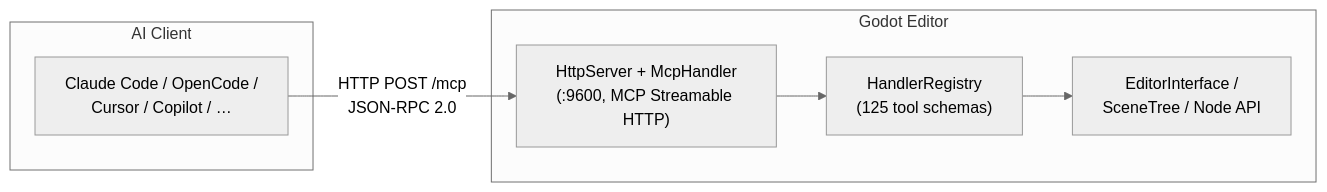
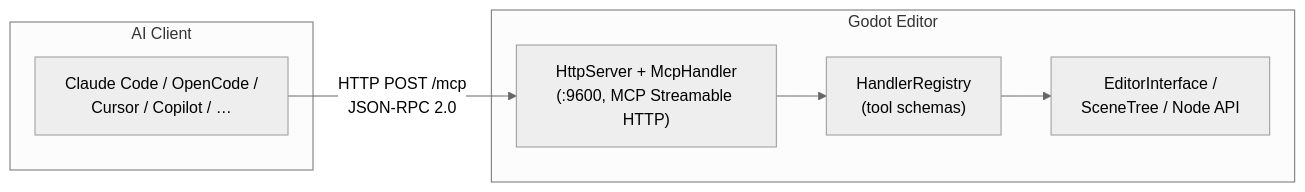
Before and after one commit to jesspig/GodotMCP-GDExtension: the diagram in README.md, drawn with Mermaid (neutral theme). The commit also changed other lines of this file and 12 other files, not shown here.

````diff
--- a/README.md
+++ b/README.md
@@ -13,16 +13,16 @@
 ```mermaid
 graph LR
     subgraph AI["AI Client"]
         Client["Claude Code / OpenCode /<br/>Cursor / Copilot / …"]
     end
 
     subgraph GodotProc["Godot Editor"]
         HTTP["HttpServer + McpHandler<br/>(:9600, MCP Streamable HTTP)"]
-        Registry["HandlerRegistry<br/>(125 tool schemas)"]
+        Registry["HandlerRegistry<br/>(tool schemas)"]
         Editor["EditorInterface /<br/>SceneTree / Node API"]
     end
 
     Client -->|HTTP POST /mcp<br/>JSON-RPC 2.0| HTTP
     HTTP --> Registry
     Registry --> Editor
 ```
````
